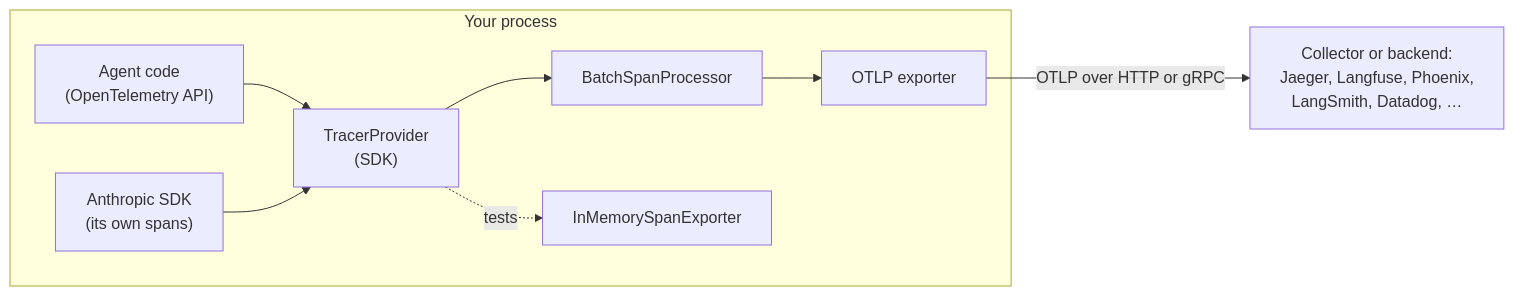
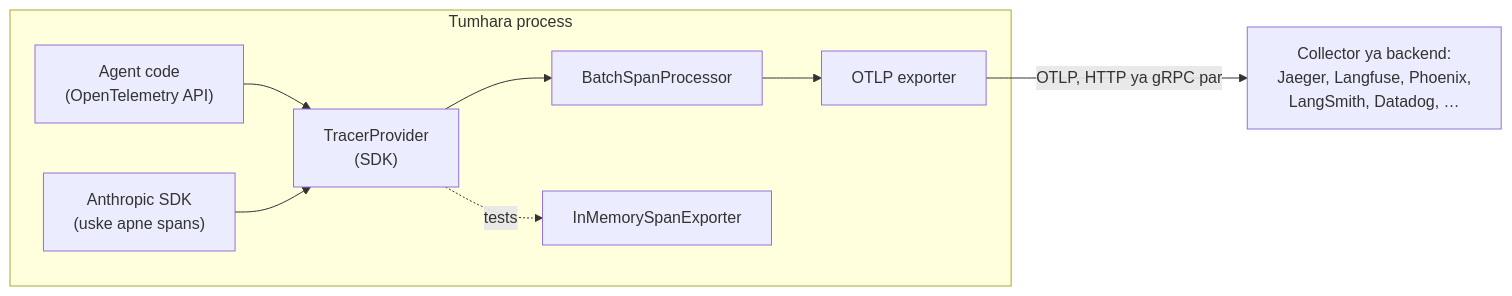
Before and after one commit to asmustechno/agentic-ai-notes: the diagram in docs/14-observability-and-debugging/14.3-opentelemetry-for-llm-apps.md, drawn with Mermaid. The commit also changed other lines of this file and 135 other files, not shown here.

````diff
--- a/docs/14-observability-and-debugging/14.3-opentelemetry-for-llm-apps.md
+++ b/docs/14-observability-and-debugging/14.3-opentelemetry-for-llm-apps.md
@@ -59,11 +61,11 @@
 ```mermaid
 flowchart LR
-    subgraph app["Your process"]
+    subgraph app["Tumhara process"]
         A["Agent code<br/>(OpenTelemetry API)"] --> P["TracerProvider<br/>(SDK)"]
-        C["Anthropic SDK<br/>(its own spans)"] --> P
+        C["Anthropic SDK<br/>(uske apne spans)"] --> P
         P --> B["BatchSpanProcessor"]
         B --> E["OTLP exporter"]
         P -.tests.-> M["InMemorySpanExporter"]
     end
-    E -->|"OTLP over HTTP or gRPC"| X["Collector or backend:<br/>Jaeger, Langfuse, Phoenix,<br/>LangSmith, Datadog, …"]
+    E -->|"OTLP, HTTP ya gRPC par"| X["Collector ya backend:<br/>Jaeger, Langfuse, Phoenix,<br/>LangSmith, Datadog, …"]
 ```
````
